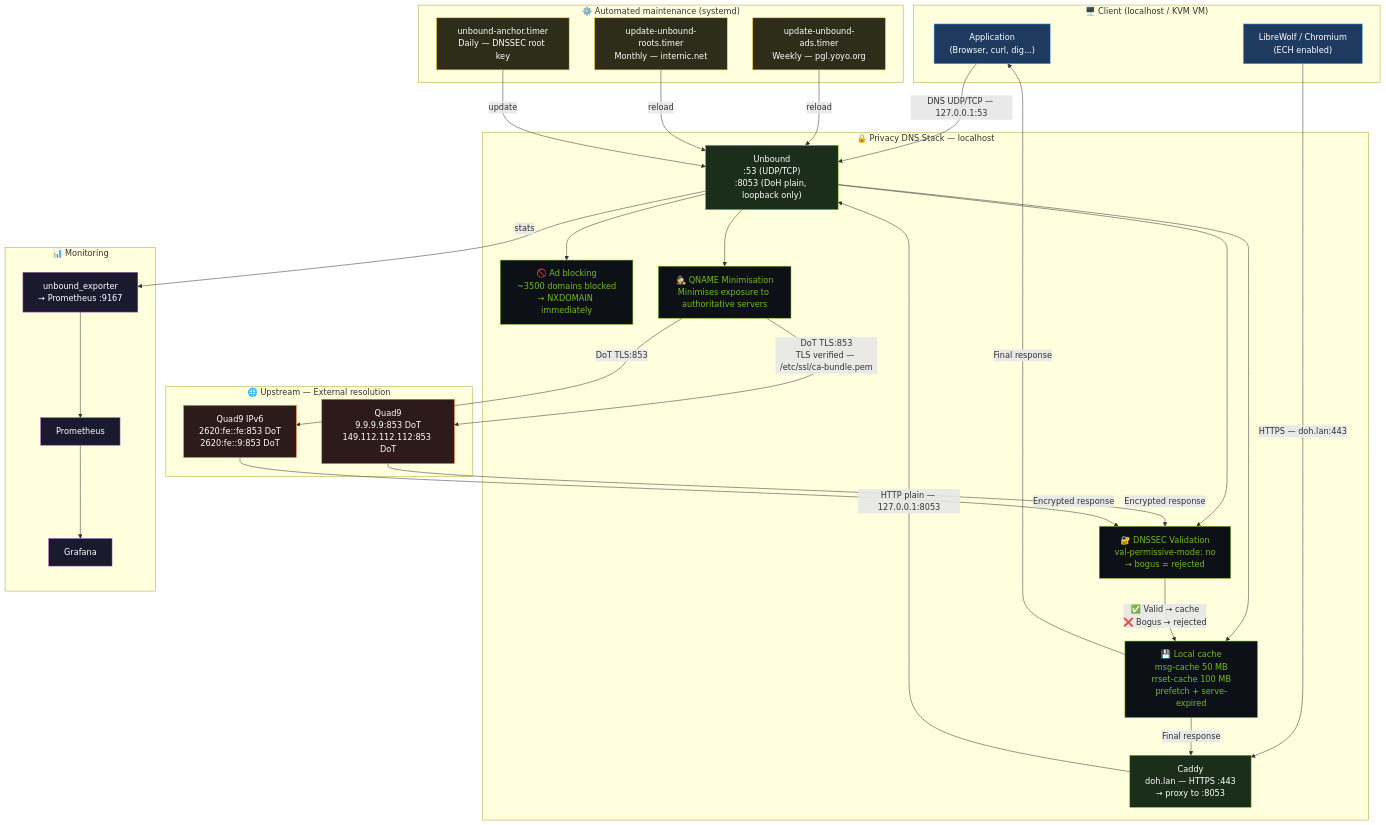
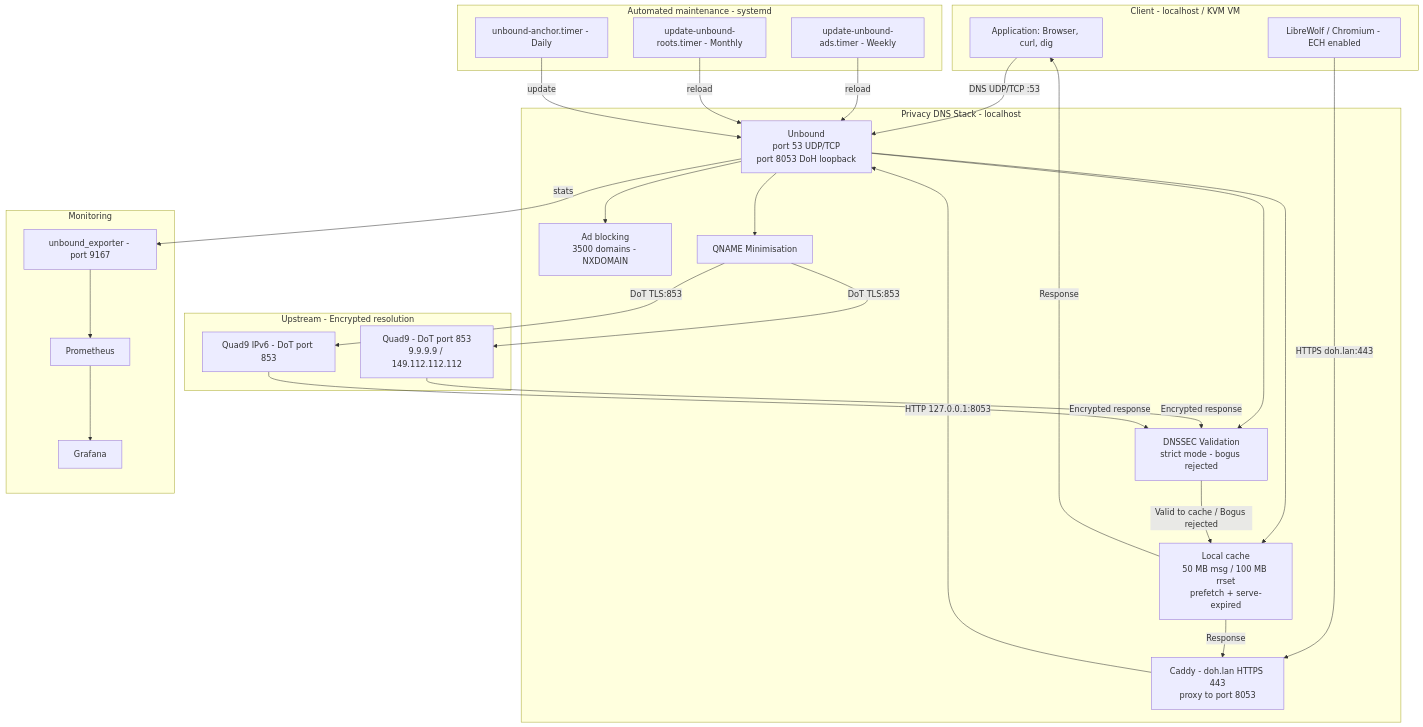
One commit to crisis1er/unbound changed the diagram in README.md. Above: the diagram before and after it, drawn with Mermaid.

Commit message:
fix: simplify Mermaid diagram - remove special chars causing render failure

````diff
--- a/README.md
+++ b/README.md
@@ -32,97 +32,67 @@
 ```mermaid
 flowchart TD
-    subgraph CLIENT["🖥️ Client (localhost / KVM VM)"]
-        APP["Application
-(Browser, curl, dig...)"]
-        LIBREOLF["LibreWolf / Chromium
-(ECH enabled)"]
+    subgraph CLIENT["Client - localhost / KVM VM"]
+        APP["Application: Browser, curl, dig"]
+        LIBREOLF["LibreWolf / Chromium - ECH enabled"]
     end
 
-    subgraph LOCAL_STACK["🔒 Privacy DNS Stack — localhost"]
-        CADDY["Caddy
-doh.lan — HTTPS :443
-→ proxy to :8053"]
+    subgraph LOCAL["Privacy DNS Stack - localhost"]
+        CADDY["Caddy - doh.lan HTTPS 443
+proxy to port 8053"]
         UNBOUND["Unbound
-:53 (UDP/TCP)
-:8053 (DoH plain, loopback only)"]
-        ADBLOCK["🚫 Ad blocking
-~3500 domains blocked
-→ NXDOMAIN immediately"]
-        DNSSEC["🔐 DNSSEC Validation
-val-permissive-mode: no
-→ bogus = rejected"]
-        CACHE["💾 Local cache
-msg-cache 50 MB
-rrset-cache 100 MB
+port 53 UDP/TCP
+port 8053 DoH loopback"]
+        ADBLOCK["Ad blocking
+3500 domains - NXDOMAIN"]
+        DNSSEC["DNSSEC Validation
+strict mode - bogus rejected"]
+        CACHE["Local cache
+50 MB msg / 100 MB rrset
 prefetch + serve-expired"]
-        QMIN["🕵️ QNAME Minimisation
-Minimises exposure to authoritative servers"]
+        QMIN["QNAME Minimisation"]
     end
 
-    subgraph UPSTREAM["🌐 Upstream — External resolution"]
-        QUAD9_1["Quad9
-9.9.9.9:853 DoT
-149.112.112.112:853 DoT"]
-        QUAD9_6["Quad9 IPv6
-2620:fe::fe:853 DoT
-2620:fe::9:853 DoT"]
+    subgraph UPSTREAM["Upstream - Encrypted resolution"]
+        QUAD9["Quad9 - DoT port 853
+9.9.9.9 / 149.112.112.112"]
+        QUAD9V6["Quad9 IPv6 - DoT port 853"]
     end
 
-    subgraph MONITORING["📊 Monitoring"]
-        EXPORTER["unbound_exporter
-→ Prometheus :9167"]
+    subgraph MONITORING["Monitoring"]
+        EXPORTER["unbound_exporter - port 9167"]
         PROMETHEUS["Prometheus"]
         GRAFANA["Grafana"]
     end
 
-    subgraph MAINTENANCE["⚙️ Automated maintenance (systemd)"]
-        ADS_TIMER["update-unbound-ads.timer
-Weekly — pgl.yoyo.org"]
-        ROOTS_TIMER["update-unbound-roots.timer
-Monthly — internic.net"]
-        ANCHOR_TIMER["unbound-anchor.timer
-Daily — DNSSEC root key"]
+    subgraph MAINTENANCE["Automated maintenance - systemd"]
+        ADS["update-unbound-ads.timer - Weekly"]
+        ROOTS["update-unbound-roots.timer - Monthly"]
+        ANCHOR["unbound-anchor.timer - Daily"]
     end
 
-    LIBREOLF -->|"HTTPS — doh.lan:443"| CADDY
-    CADDY -->|"HTTP plain — 127.0.0.1:8053"| UNBOUND
-    APP -->|"DNS UDP/TCP — 127.0.0.1:53"| UNBOUND
+    LIBREOLF -->|"HTTPS doh.lan:443"| CADDY
+    CADDY -->|"HTTP 127.0.0.1:8053"| UNBOUND
+    APP -->|"DNS UDP/TCP :53"| UNBOUND
 
     UNBOUND --> ADBLOCK
     UNBOUND --> DNSSEC
     UNBOUND --> CACHE
     UNBOUND --> QMIN
 
-    QMIN -->|"DoT TLS:853
-TLS verified — /etc/ssl/ca-bundle.pem"| QUAD9_1
-    QMIN -->|"DoT TLS:853"| QUAD9_6
+    QMIN -->|"DoT TLS:853"| QUAD9
+    QMIN -->|"DoT TLS:853"| QUAD9V6
 
-    QUAD9_1 -->|"Encrypted response"| DNSSEC
-    QUAD9_6 -->|"Encrypted response"| DNSSEC
-    DNSSEC -->|"✅ Valid → cache
-❌ Bogus → rejected"| CACHE
-    CACHE -->|"Final response"| APP
-    CACHE -->|"Final response"| CADDY
+    QUAD9 -->|"Encrypted response"| DNSSEC
+    QUAD9V6 -->|"Encrypted response"| DNSSEC
+    DNSSEC -->|"Valid to cache / Bogus rejected"| CACHE
+    CACHE -->|"Response"| APP
+    CACHE -->|"Response"| CADDY
 
     UNBOUND -->|"stats"| EXPORTER
     EXPORTER --> PROMETHEUS
     PROMETHEUS --> GRAFANA
 
-    ADS_TIMER -->|"reload"| UNBOUND
-    ROOTS_TIMER -->|"reload"| UNBOUND
-    ANCHOR_TIMER -->|"update"| UNBOUND
-
-    classDef client fill:#1e3a5f,stroke:#4a9eff,color:#fff
-    classDef stack fill:#1a2e1a,stroke:#73BA25,color:#fff
-    classDef upstream fill:#2d1a1a,stroke:#ff6b35,color:#fff
-    classDef monitoring fill:#1a1a2e,stroke:#9b59b6,color:#fff
-    classDef maintenance fill:#2d2d1a,stroke:#f1c40f,color:#fff
-    classDef decision fill:#0d1117,stroke:#73BA25,color:#73BA25
-
-    class APP,LIBREOLF client
-    class CADDY,UNBOUND stack
-    class ADBLOCK,DNSSEC,CACHE,QMIN decision
-    class QUAD9_1,QUAD9_6 upstream
-    class EXPORTER,PROMETHEUS,GRAFANA monitoring
-    class ADS_TIMER,ROOTS_TIMER,ANCHOR_TIMER maintenance
+    ADS -->|"reload"| UNBOUND
+    ROOTS -->|"reload"| UNBOUND
+    ANCHOR -->|"update"| UNBOUND
 ```
````
